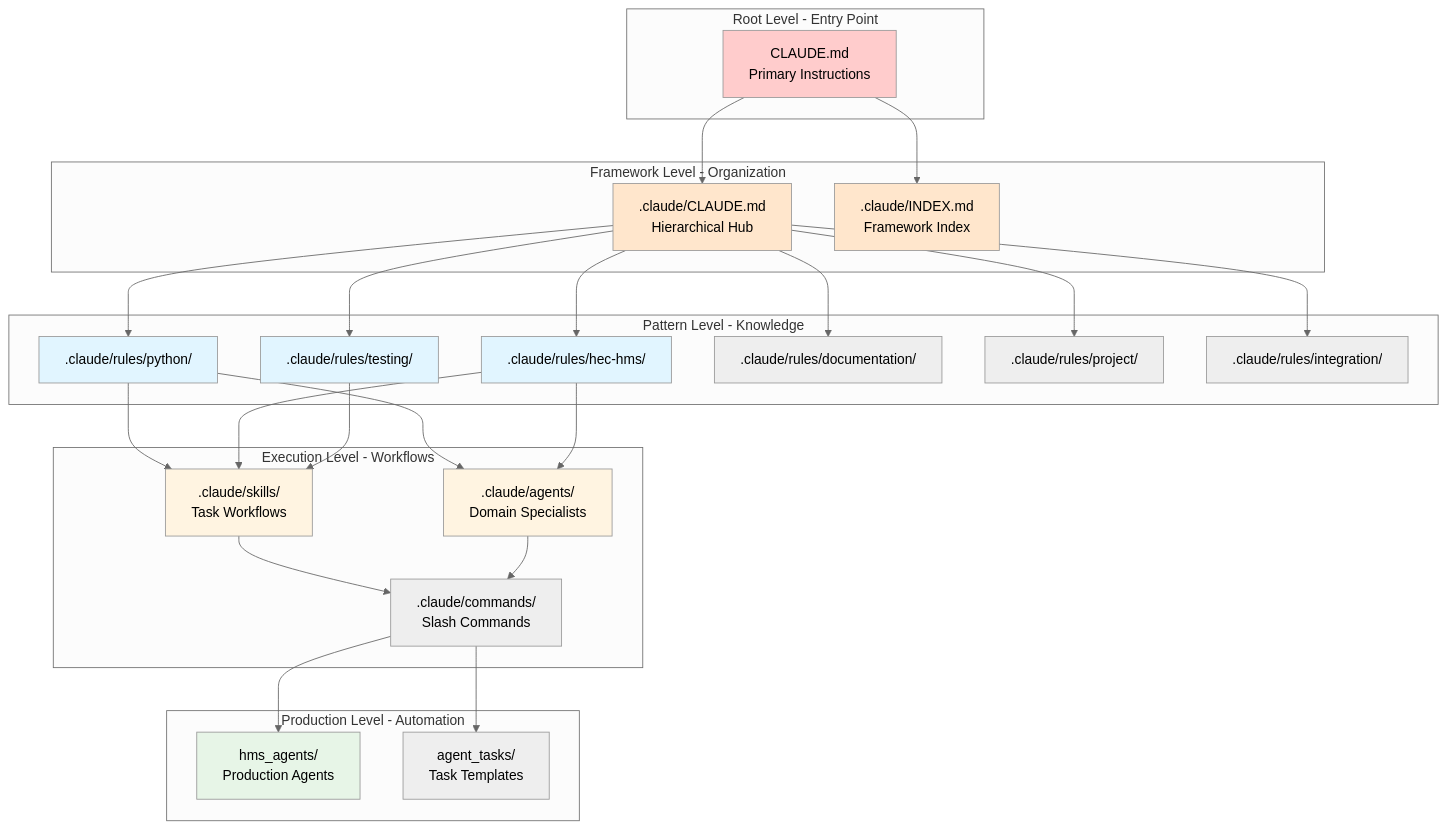
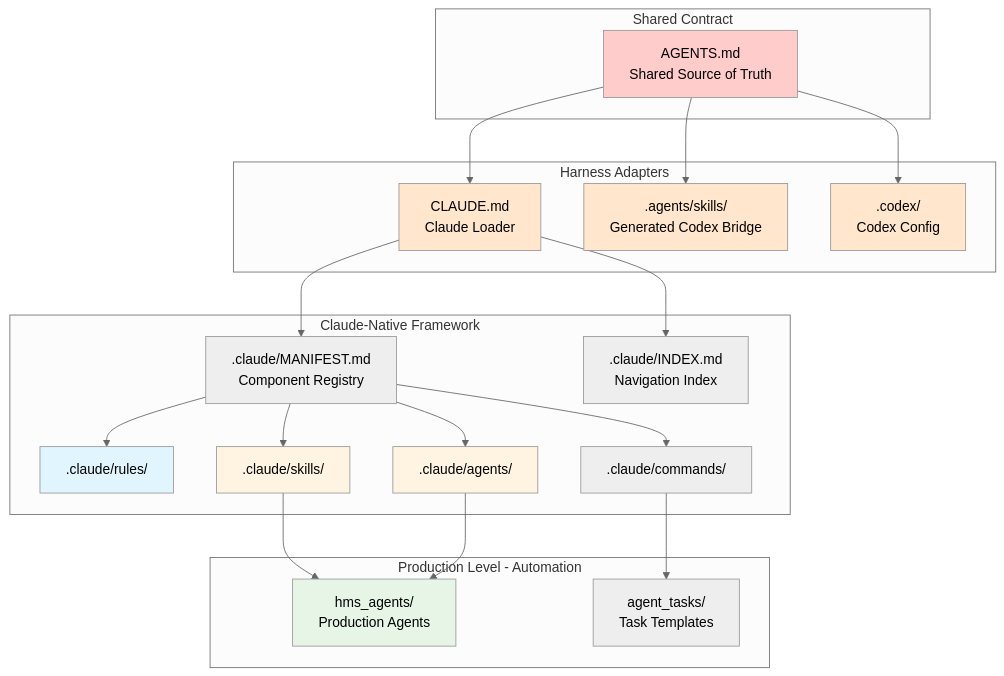
One commit to gpt-cmdr/hms-commander changed the first of 6 diagrams in docs/llm_dev/cognitive_architecture.md. Above: the diagram before and after it, drawn with Mermaid (neutral theme). The commit also changed other lines of this file and 51 other files, not shown here.

Commit message:
Implement multi-harness agent framework

````diff
--- a/docs/llm_dev/cognitive_architecture.md
+++ b/docs/llm_dev/cognitive_architecture.md
@@ -15,62 +15,48 @@
 ```mermaid
 graph TB
-    subgraph "Root Level - Entry Point"
-        A[CLAUDE.md<br/>Primary Instructions]
+    subgraph "Shared Contract"
+        A[AGENTS.md<br/>Shared Source of Truth]
     end
 
-    subgraph "Framework Level - Organization"
-        B[.claude/CLAUDE.md<br/>Hierarchical Hub]
-        C[.claude/INDEX.md<br/>Framework Index]
+    subgraph "Harness Adapters"
+        B[CLAUDE.md<br/>Claude Loader]
+        C[.agents/skills/<br/>Generated Codex Bridge]
+        D[.codex/<br/>Codex Config]
     end
 
-    subgraph "Pattern Level - Knowledge"
-        D[.claude/rules/python/]
-        E[.claude/rules/hec-hms/]
-        F[.claude/rules/testing/]
-        G[.claude/rules/documentation/]
-        H[.claude/rules/project/]
-        I[.claude/rules/integration/]
-    end
-
-    subgraph "Execution Level - Workflows"
-        J[.claude/skills/<br/>Task Workflows]
-        K[.claude/agents/<br/>Domain Specialists]
-        L[.claude/commands/<br/>Slash Commands]
+    subgraph "Claude-Native Framework"
+        E[.claude/MANIFEST.md<br/>Component Registry]
+        F[.claude/INDEX.md<br/>Navigation Index]
+        G[.claude/rules/]
+        H[.claude/skills/]
+        I[.claude/agents/]
+        J[.claude/commands/]
     end
 
     subgraph "Production Level - Automation"
-        M[hms_agents/<br/>Production Agents]
-        N[agent_tasks/<br/>Task Templates]
+        K[hms_agents/<br/>Production Agents]
+        L[agent_tasks/<br/>Task Templates]
     end
 
     A --> B
     A --> C
-    B --> D
+    A --> D
     B --> E
     B --> F
-    B --> G
-    B --> H
-    B --> I
-
-    D --> J
+    E --> G
+    E --> H
+    E --> I
     E --> J
-    F --> J
-    D --> K
-    E --> K
-
+    H --> K
+    I --> K
     J --> L
-    K --> L
-
-    L --> M
-    L --> N
 
     style A fill:#ffcccc
     style B fill:#ffe6cc
     style C fill:#ffe6cc
-    style D fill:#e1f5ff
-    style E fill:#e1f5ff
-    style F fill:#e1f5ff
-    style J fill:#fff4e1
-    style K fill:#fff4e1
-    style M fill:#e7f5e7
+    style D fill:#ffe6cc
+    style G fill:#e1f5ff
+    style H fill:#fff4e1
+    style I fill:#fff4e1
+    style K fill:#e7f5e7
 ```
````
